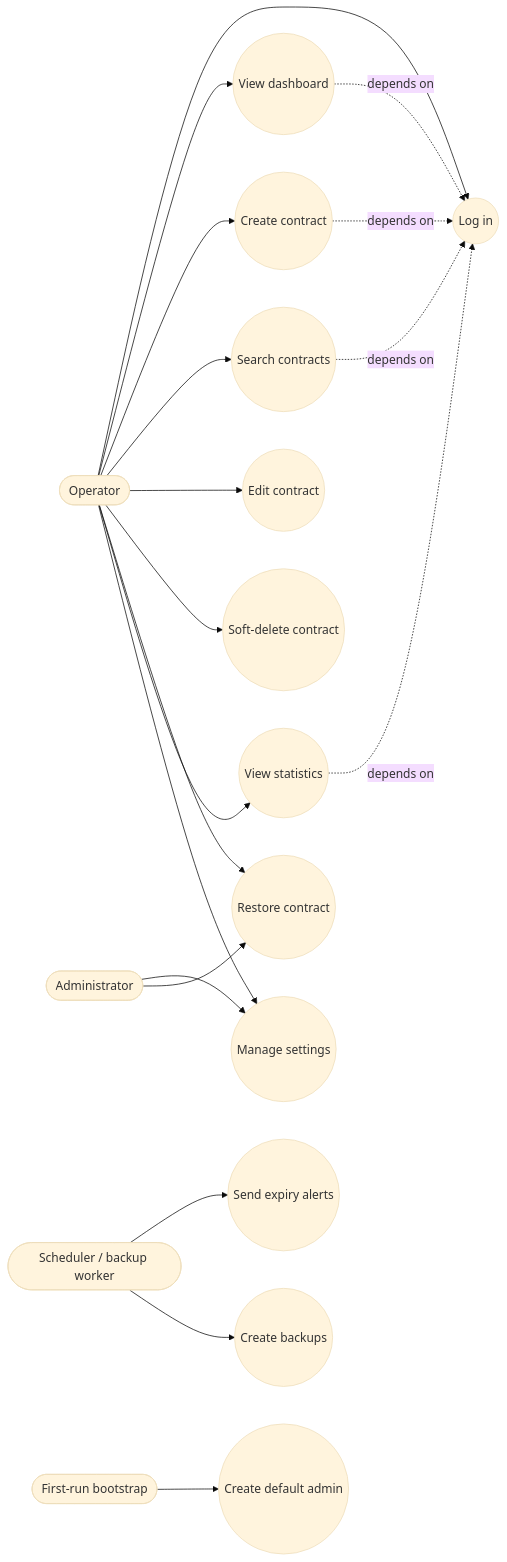
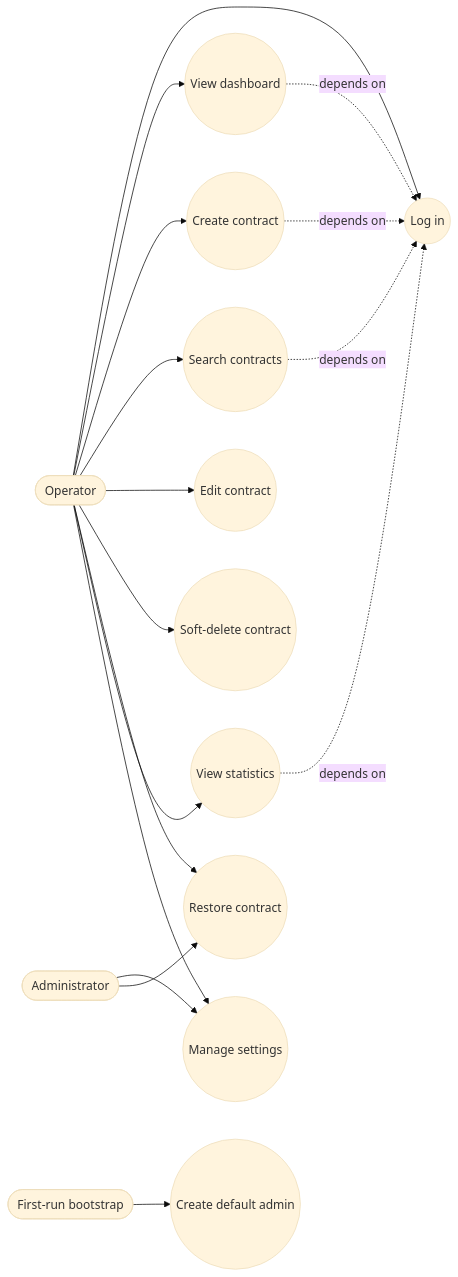
Before and after one commit to raouf-bendahmouche/hazmate: the third of 4 diagrams in docs/system_architecture.md, drawn with Mermaid (base theme). The commit also changed other lines of this file and 2370 other files, not shown here.

````diff
--- a/docs/system_architecture.md
+++ b/docs/system_architecture.md
@@ -202,42 +175,37 @@
 ```mermaid
 flowchart LR
 	Operator([Operator])
 	Admin([Administrator])
-	Scheduler([Scheduler / backup worker])
 	Bootstrap([First-run bootstrap])
 
 	Login((Log in))
 	Dashboard((View dashboard))
 	Create((Create contract))
 	Search((Search contracts))
 	Edit((Edit contract))
 	Delete((Soft-delete contract))
 	Restore((Restore contract))
 	Stats((View statistics))
 	Settings((Manage settings))
-	Expiry((Send expiry alerts))
-	Backup((Create backups))
 	DefaultAdmin((Create default admin))
 
 	Operator --> Login
 	Operator --> Dashboard
 	Operator --> Create
 	Operator --> Search
 	Operator --> Edit
 	Operator --> Delete
 	Operator --> Restore
 	Operator --> Stats
 	Operator --> Settings
 
 	Admin --> Settings
 	Admin --> Restore
 
-	Scheduler --> Expiry
-	Scheduler --> Backup
 	Bootstrap --> DefaultAdmin
 
 	Dashboard -. depends on .-> Login
 	Create -. depends on .-> Login
 	Search -. depends on .-> Login
 	Stats -. depends on .-> Login
 ```
````
